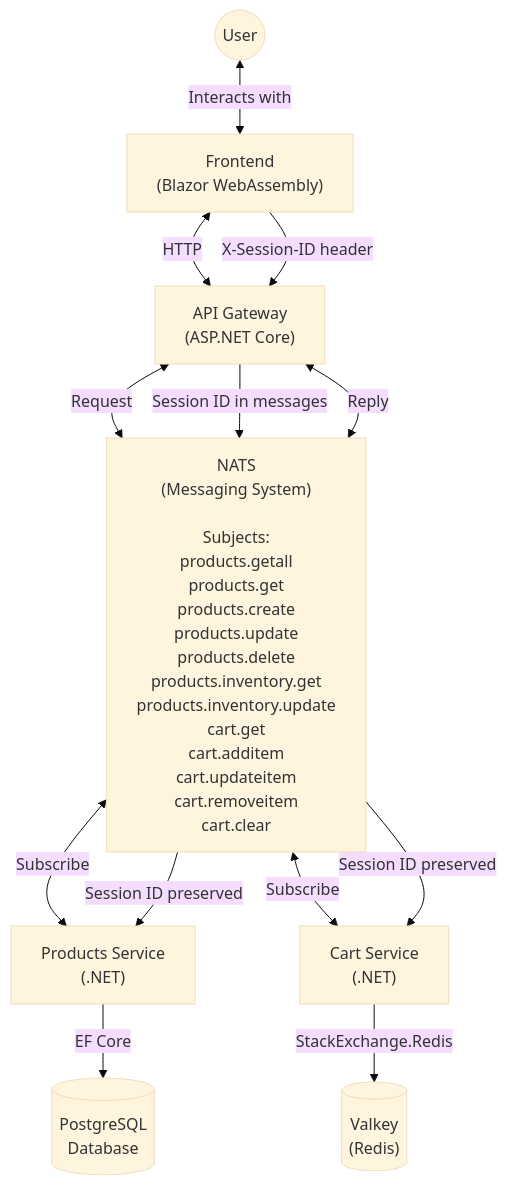
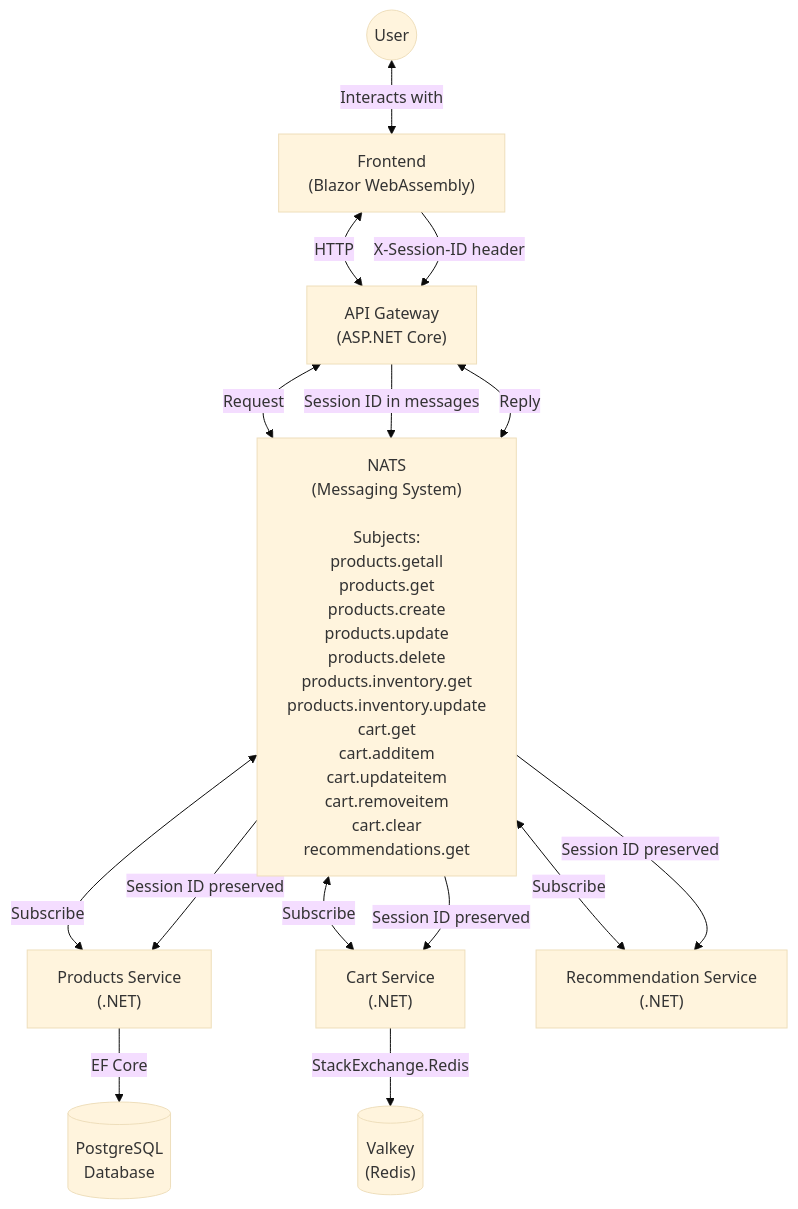
Before and after one commit to ch0ppy35/shop: the diagram in README.md, drawn with Mermaid (base theme). The commit also changed other lines of this file and 23 other files, not shown here.

````diff
--- a/README.md
+++ b/README.md
@@ -7,28 +7,30 @@
 ```mermaid
 graph TD
     %% Main components
     Frontend["Frontend<br/>(Blazor WebAssembly)"] <--HTTP--> Gateway["API Gateway<br/>(ASP.NET Core)"];
-    NATS["NATS<br/>(Messaging System)<br/><br/>Subjects:<br/>products.getall<br/>products.get<br/>products.create<br/>products.update<br/>products.delete<br/>products.inventory.get<br/>products.inventory.update<br/>cart.get<br/>cart.additem<br/>cart.updateitem<br/>cart.removeitem<br/>cart.clear"]
+    NATS["NATS<br/>(Messaging System)<br/><br/>Subjects:<br/>products.getall<br/>products.get<br/>products.create<br/>products.update<br/>products.delete<br/>products.inventory.get<br/>products.inventory.update<br/>cart.get<br/>cart.additem<br/>cart.updateitem<br/>cart.removeitem<br/>cart.clear<br/>recommendations.get"]
     Products["Products Service<br/>(.NET)"];
     Cart["Cart Service<br/>(.NET)"];
+    Recommendation["Recommendation Service<br/>(.NET)"];
 
     %% Databases
     Products --EF Core--> PostgreSQL[("PostgreSQL<br/>Database")];
     Cart --StackExchange.Redis--> Valkey[("Valkey<br/>(Redis)")];
 
     %% NATS connections
     Gateway <--Request--> NATS;
     NATS <--Reply--> Gateway;
     NATS <--Subscribe--> Products;
     NATS <--Subscribe--> Cart;
+    NATS <--Subscribe--> Recommendation;
 
     %% Session ID flow
     Frontend --"X-Session-ID header"--> Gateway;
     Gateway --"Session ID in messages"--> NATS;
     NATS --"Session ID preserved"--> Products;
     NATS --"Session ID preserved"--> Cart;
+    NATS --"Session ID preserved"--> Recommendation;
 
     %% User flow
     User(("User")) <--Interacts with--> Frontend;
-
 ```
````
